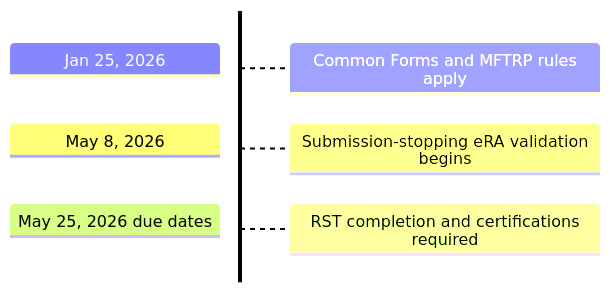
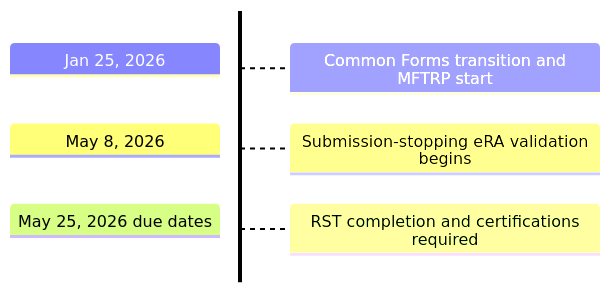
The diagram in docs/policy/effective-dates.md (FritscheLab/nih-sciencv-playbook), drawn with Mermaid before and after one commit. The commit also changed other lines of this file and 40 other files, not shown here.

````diff
--- a/docs/policy/effective-dates.md
+++ b/docs/policy/effective-dates.md
@@ -28,8 +28,8 @@
 ```mermaid
 timeline TD
     accTitle: NIH Common Forms and research-security dates
-    accDescr: Three milestones: Common Forms and MFTRP rules apply January 25, submission-stopping eRA validation begins May 8, and RST completion and certifications are required for May 25 due dates.
-    Jan 25, 2026 : Common Forms and MFTRP rules apply
+    accDescr: NIH began the Common Forms transition and implemented MFTRP requirements January 25. Mandatory Common Forms use and submission-stopping validation began May 8. RST applies to application due dates on or after May 25.
+    Jan 25, 2026 : Common Forms transition and MFTRP start
     May 8, 2026 : Submission-stopping eRA validation begins
     May 25, 2026 due dates : RST completion and certifications required
 ```
````
